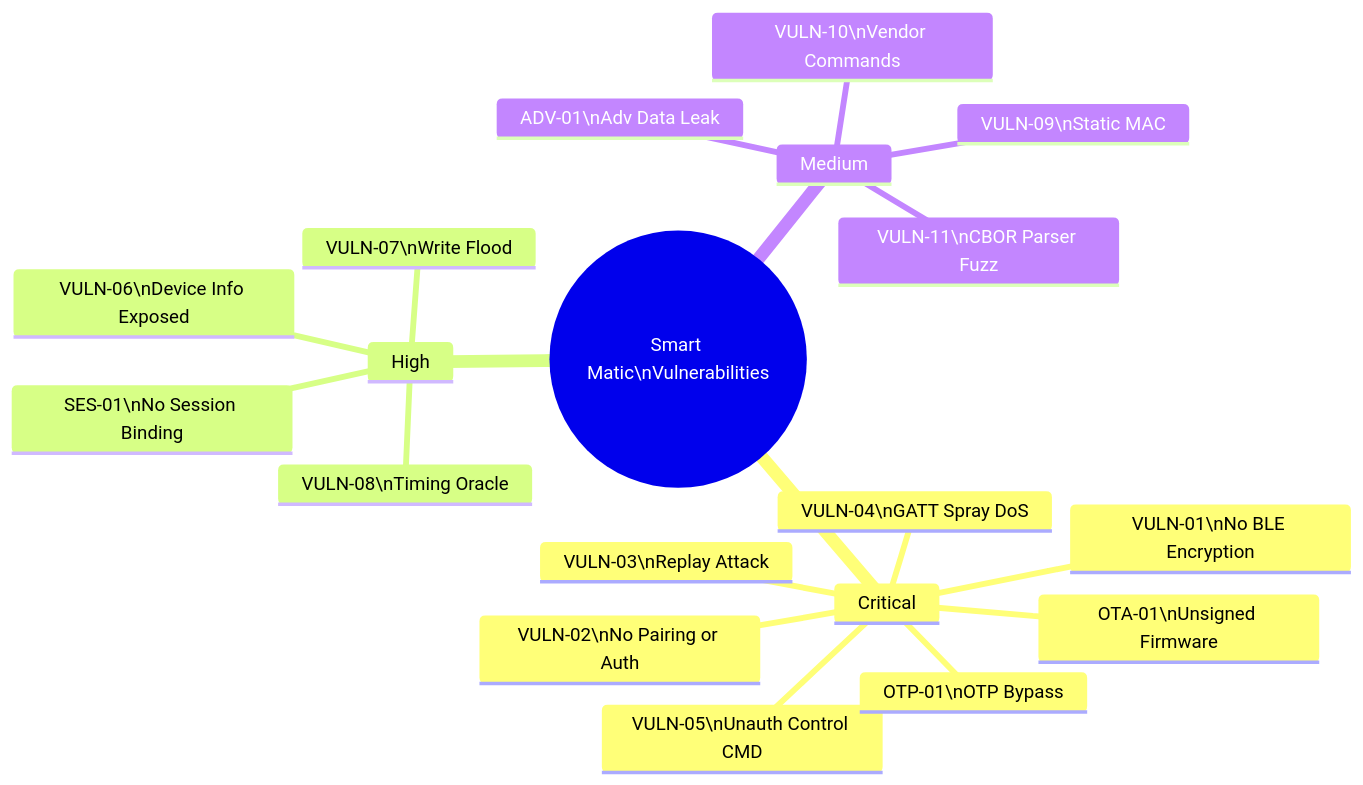
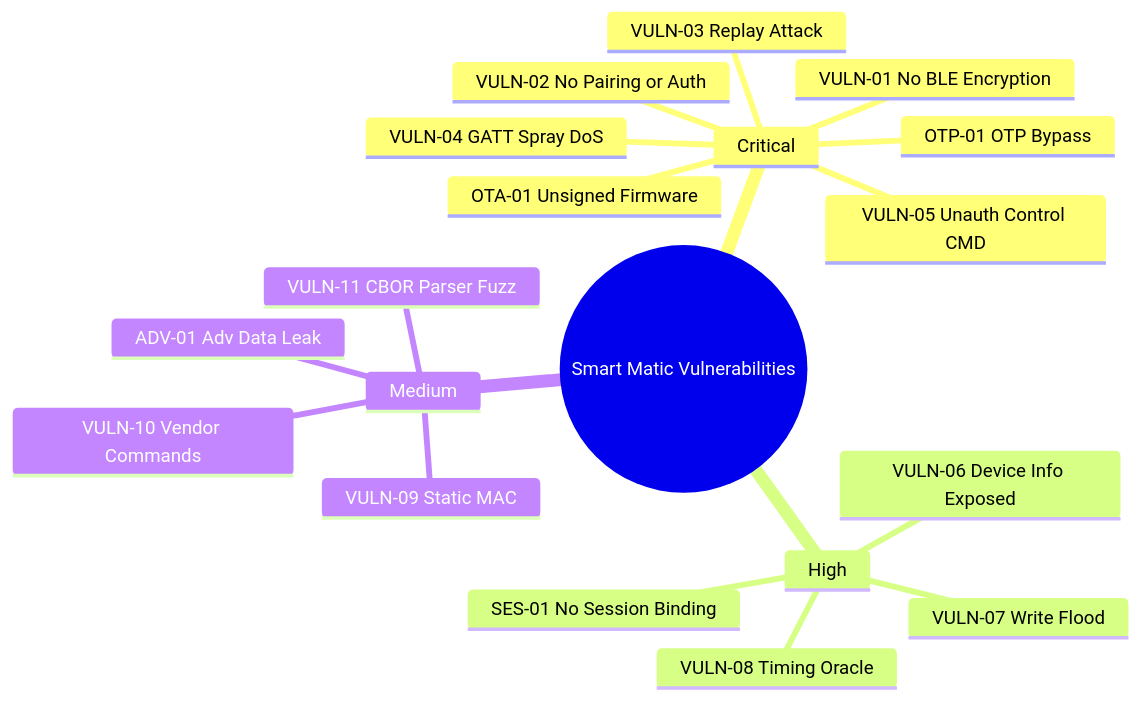
The sixth of 9 diagrams in content/blog/godrej-smart-matic.md (V33RU/veera.github.io), drawn with Mermaid before and after one commit. The commit also changed other lines of this file, not shown here.

````diff
--- a/content/blog/godrej-smart-matic.md
+++ b/content/blog/godrej-smart-matic.md
@@ -361,22 +348,22 @@
 ```mermaid
 mindmap
-  root((Smart Matic\nVulnerabilities))
+  root((Smart Matic Vulnerabilities))
     Critical
-      VULN-01\nNo BLE Encryption
-      VULN-02\nNo Pairing or Auth
-      VULN-03\nReplay Attack
-      VULN-04\nGATT Spray DoS
-      VULN-05\nUnauth Control CMD
-      OTA-01\nUnsigned Firmware
-      OTP-01\nOTP Bypass
+      VULN-01 No BLE Encryption
+      VULN-02 No Pairing or Auth
+      VULN-03 Replay Attack
+      VULN-04 GATT Spray DoS
+      VULN-05 Unauth Control CMD
+      OTA-01 Unsigned Firmware
+      OTP-01 OTP Bypass
     High
-      VULN-06\nDevice Info Exposed
-      VULN-07\nWrite Flood
-      VULN-08\nTiming Oracle
-      SES-01\nNo Session Binding
+      VULN-06 Device Info Exposed
+      VULN-07 Write Flood
+      VULN-08 Timing Oracle
+      SES-01 No Session Binding
     Medium
-      VULN-09\nStatic MAC
-      VULN-10\nVendor Commands
-      VULN-11\nCBOR Parser Fuzz
-      ADV-01\nAdv Data Leak
+      VULN-09 Static MAC
+      VULN-10 Vendor Commands
+      VULN-11 CBOR Parser Fuzz
+      ADV-01 Adv Data Leak
 ```
````
